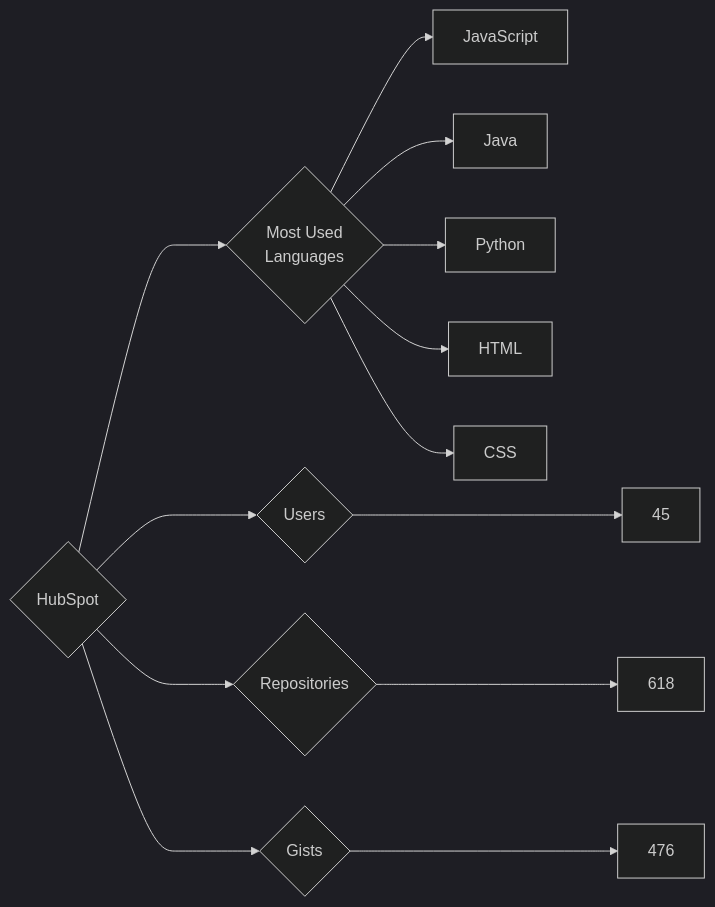
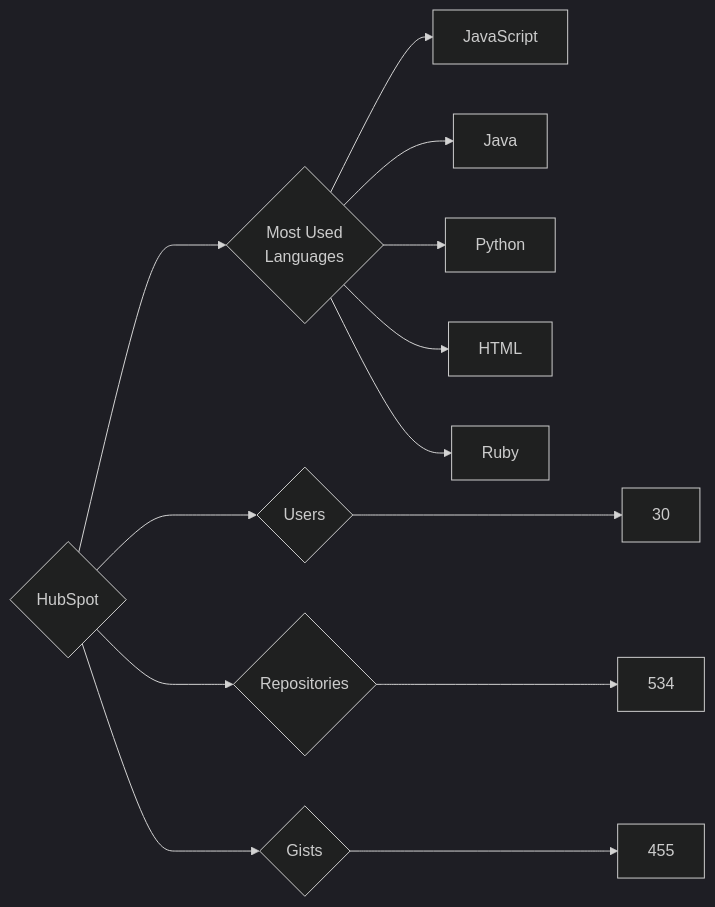
The diagram in targets/HubSpot/README.md (trickest/insiders), drawn with Mermaid (dark theme) before and after one commit. The commit also changed 837 other files, not shown here.

````diff
--- a/targets/HubSpot/README.md
+++ b/targets/HubSpot/README.md
@@ -3,13 +3,13 @@
 ```mermaid
 graph LR
 COMPANY_NAME{HubSpot}
-COMPANY_NAME ---> U{Users} ---> UN[45]
-COMPANY_NAME ---> R{Repositories} ---> RN[618]
-COMPANY_NAME ---> G{Gists} ---> GN[476]
+COMPANY_NAME ---> U{Users} ---> UN[30]
+COMPANY_NAME ---> R{Repositories} ---> RN[534]
+COMPANY_NAME ---> G{Gists} ---> GN[455]
 COMPANY_NAME ---> ML{Most Used<br>Languages}
 ML --> JavaScript[JavaScript]
 ML --> Java[Java]
 ML --> Python[Python]
 ML --> HTML[HTML]
-ML --> CSS[CSS]
+ML --> Ruby[Ruby]
 ```
````
